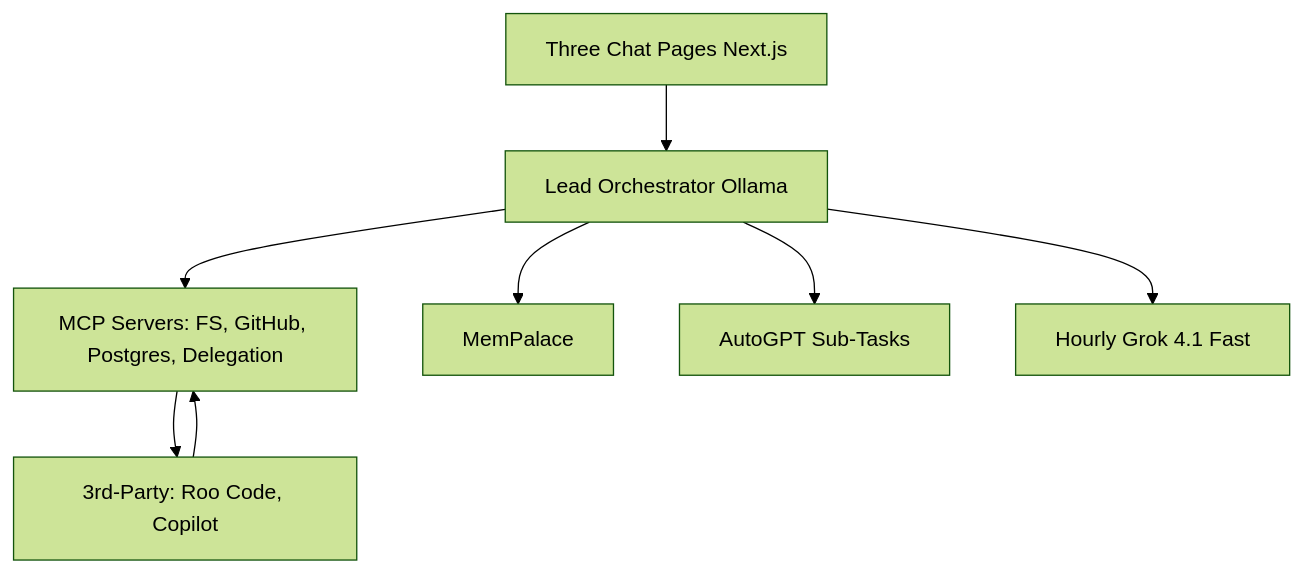
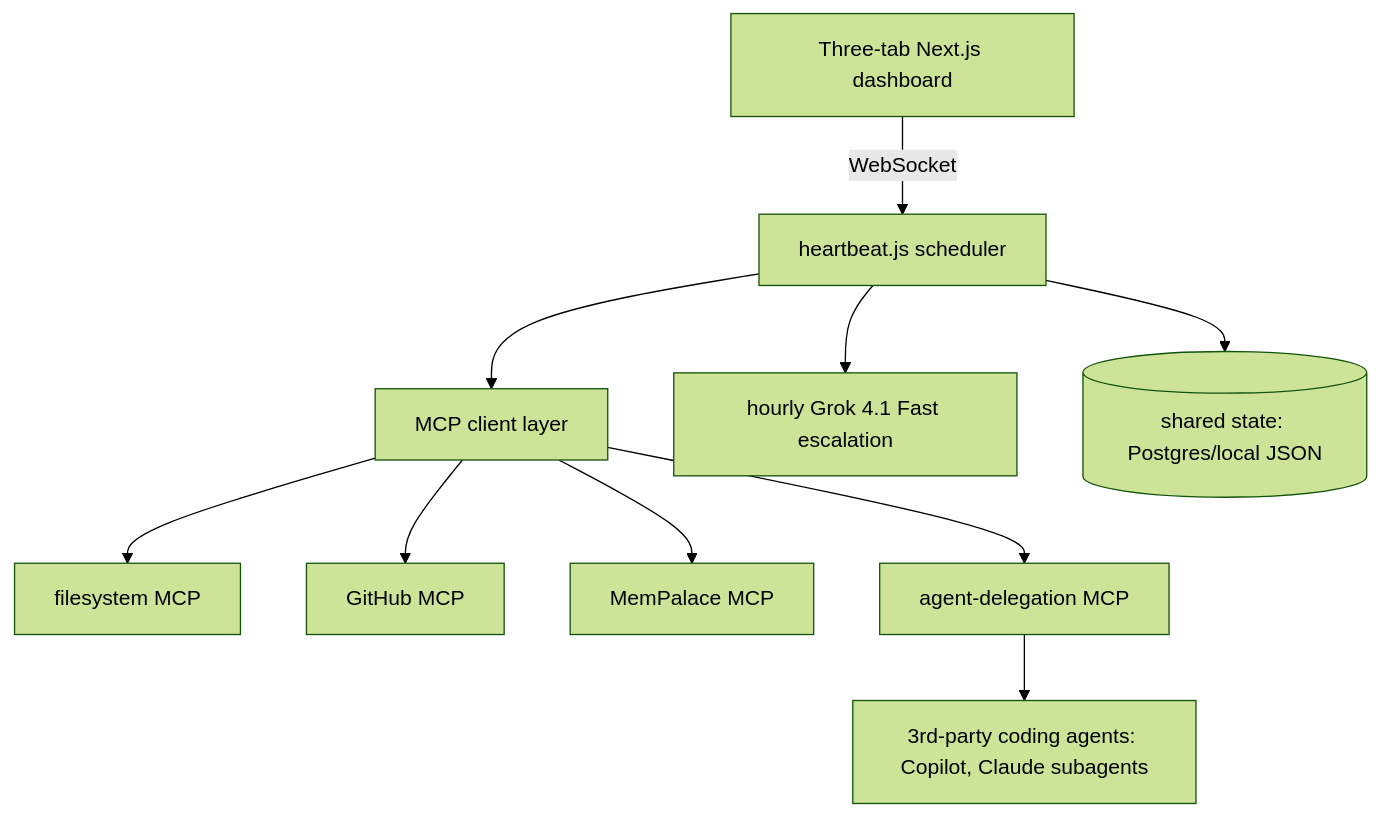
Before and after one commit to xXKillerNoobYT/Programming-lead-AI-System-: the diagram in architecture.md, drawn with Mermaid (forest theme). The commit also changed other lines of this file and 7 other files, not shown here.

````diff
--- a/architecture.md
+++ b/architecture.md
@@ -4,10 +64,12 @@
 ```mermaid
 graph TD
-    UI[Three Chat Pages Next.js] --> Lead[Lead Orchestrator Ollama]
-    Lead --> MCP[MCP Servers: FS, GitHub, Postgres, Delegation]
-    Lead --> MemPalace[MemPalace]
-    Lead --> AutoGPT[AutoGPT Sub-Tasks]
-    MCP --> Agents[3rd-Party: Roo Code, Copilot]
-    Agents --> MCP
-    Lead --> Grok[Hourly Grok 4.1 Fast]
+    UI[Three-tab Next.js dashboard] -->|WebSocket| HB[heartbeat.js scheduler]
+    HB --> MCP[MCP client layer]
+    MCP --> FS[filesystem MCP]
+    MCP --> GH[GitHub MCP]
+    MCP --> MEM[MemPalace MCP]
+    MCP --> DEL[agent-delegation MCP]
+    DEL --> Agents[3rd-party coding agents: Copilot, Claude subagents]
+    HB --> Grok[hourly Grok 4.1 Fast escalation]
+    HB --> State[(shared state: Postgres/local JSON)]
 ```
````
